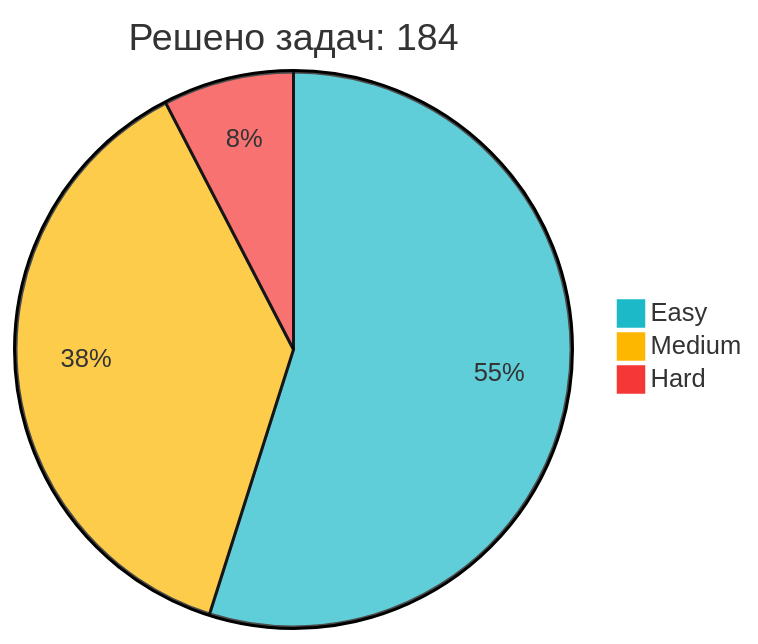
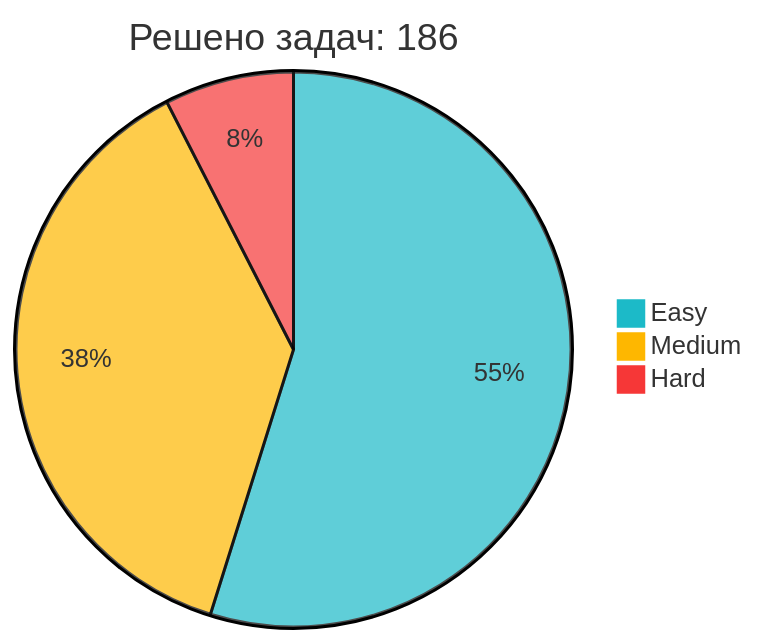
One commit to IliaKurdukov/IliaKurdukov changed the diagram in README.md. Above: the diagram before and after it, drawn with Mermaid. The commit also changed other lines of this file, not shown here.

Commit message:
📈 Обновление статистики LeetCode

````diff
--- a/README.md
+++ b/README.md
@@ -51,7 +51,7 @@
 ```mermaid
 %%{init: {'theme': 'base', 'themeVariables': { 'pie1': '#1CBAC8', 'pie2': '#FEB700', 'pie3': '#F63737' }, 'config': {'width': 300, 'height': 200}}}%%
-pie title Решено задач: 184
-   "Easy" : 101
-   "Medium" : 69
+pie title Решено задач: 186
+   "Easy" : 102
+   "Medium" : 70
    "Hard" : 14
 ```
````
